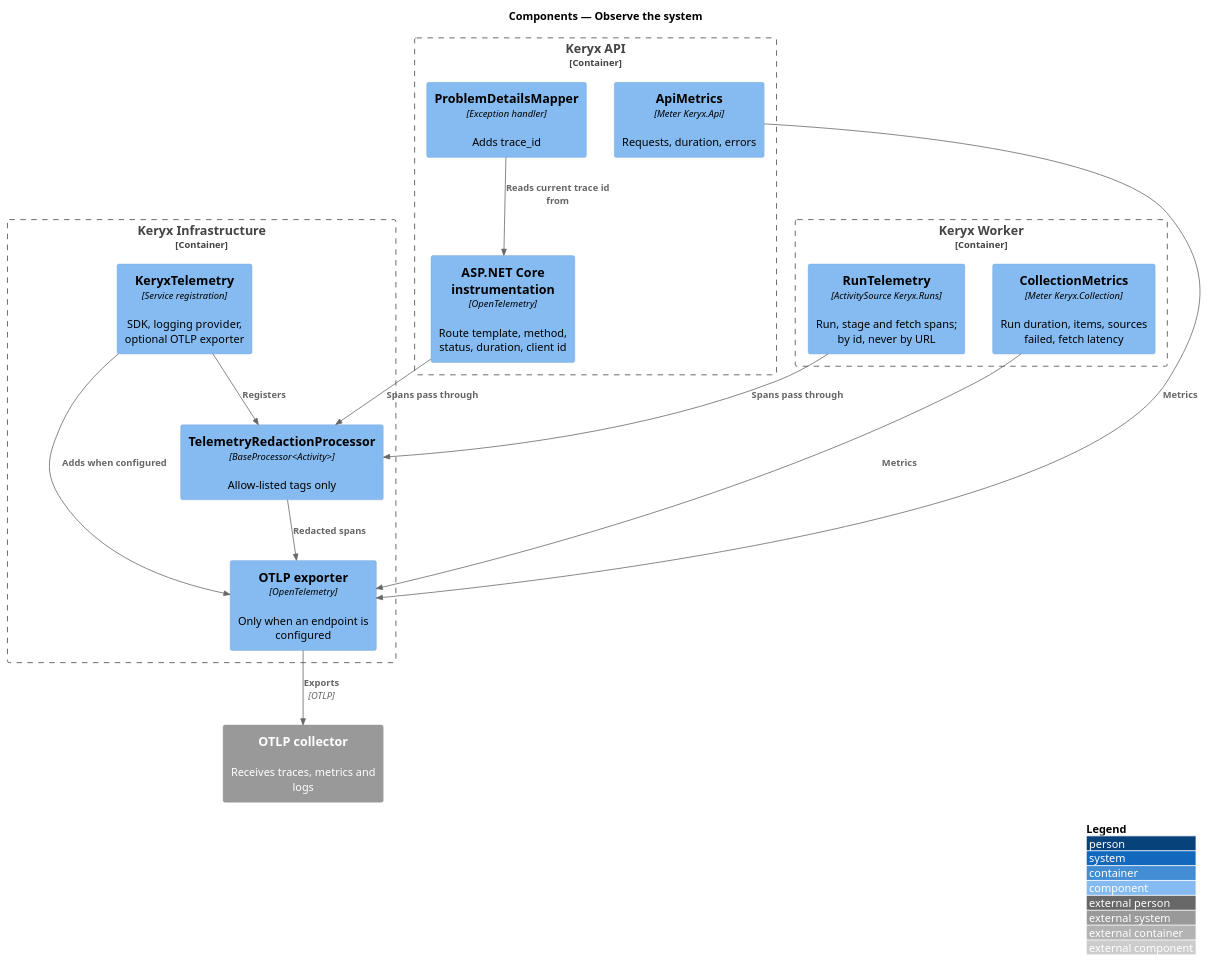
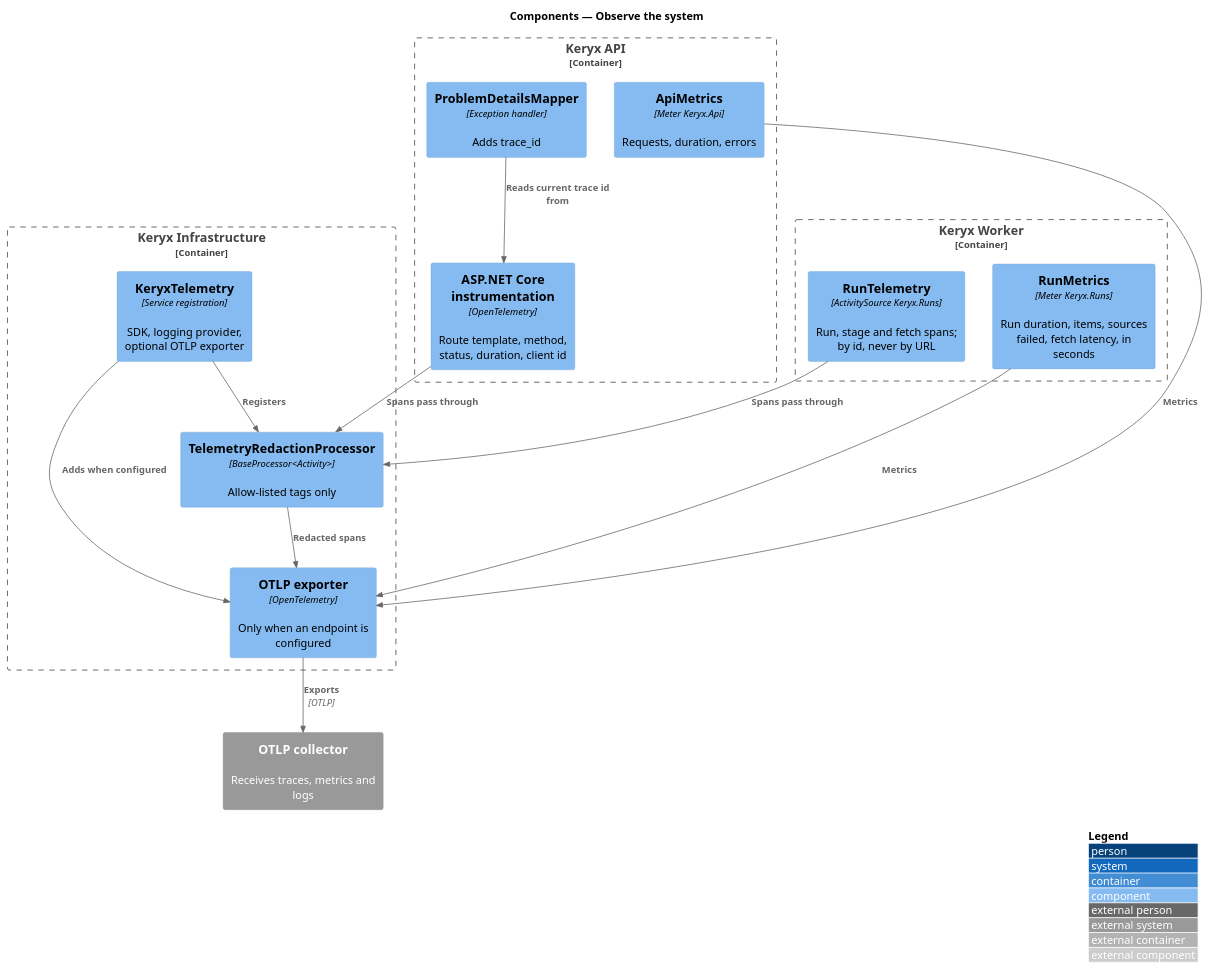
The diagram in docs/detailed-designs/operations/observe-the-system/diagrams/c4-component.puml (QuinntyneBrown/keryx), drawn with PlantUML before and after one commit. The commit also changed 14 other files, not shown here.

First line of the commit message:
Measure collection runs: duration, items, failed sources and fetch latency

```diff
--- a/docs/detailed-designs/operations/observe-the-system/diagrams/c4-component.puml
+++ b/docs/detailed-designs/operations/observe-the-system/diagrams/c4-component.puml
@@ -1,31 +1,31 @@
 @startuml
 !include <C4/C4_Component>
 LAYOUT_WITH_LEGEND()
 title Components — Observe the system
 
 Container_Boundary(api, "Keryx API") {
   Component(aspnet, "ASP.NET Core instrumentation", "OpenTelemetry", "Route template, method, status, duration, client id")
   Component(apim, "ApiMetrics", "Meter Keryx.Api", "Requests, duration, errors")
   Component(pdm, "ProblemDetailsMapper", "Exception handler", "Adds trace_id")
 }
 Container_Boundary(worker, "Keryx Worker") {
   Component(colt, "RunTelemetry", "ActivitySource Keryx.Runs", "Run, stage and fetch spans; by id, never by URL")
-  Component(colm, "CollectionMetrics", "Meter Keryx.Collection", "Run duration, items, sources failed, fetch latency")
+  Component(colm, "RunMetrics", "Meter Keryx.Runs", "Run duration, items, sources failed, fetch latency, in seconds")
 }
 Container_Boundary(infra, "Keryx Infrastructure") {
   Component(setup, "KeryxTelemetry", "Service registration", "SDK, logging provider, optional OTLP exporter")
   Component(red, "TelemetryRedactionProcessor", "BaseProcessor<Activity>", "Allow-listed tags only")
   Component(exp, "OTLP exporter", "OpenTelemetry", "Only when an endpoint is configured")
 }
 System_Ext(otel, "OTLP collector", "Receives traces, metrics and logs")
 
 Rel(aspnet, red, "Spans pass through")
 Rel(colt, red, "Spans pass through")
 Rel(red, exp, "Redacted spans")
 Rel(apim, exp, "Metrics")
 Rel(colm, exp, "Metrics")
 Rel(setup, red, "Registers")
 Rel(setup, exp, "Adds when configured")
 Rel(exp, otel, "Exports", "OTLP")
 Rel(pdm, aspnet, "Reads current trace id from")
 @enduml
```
